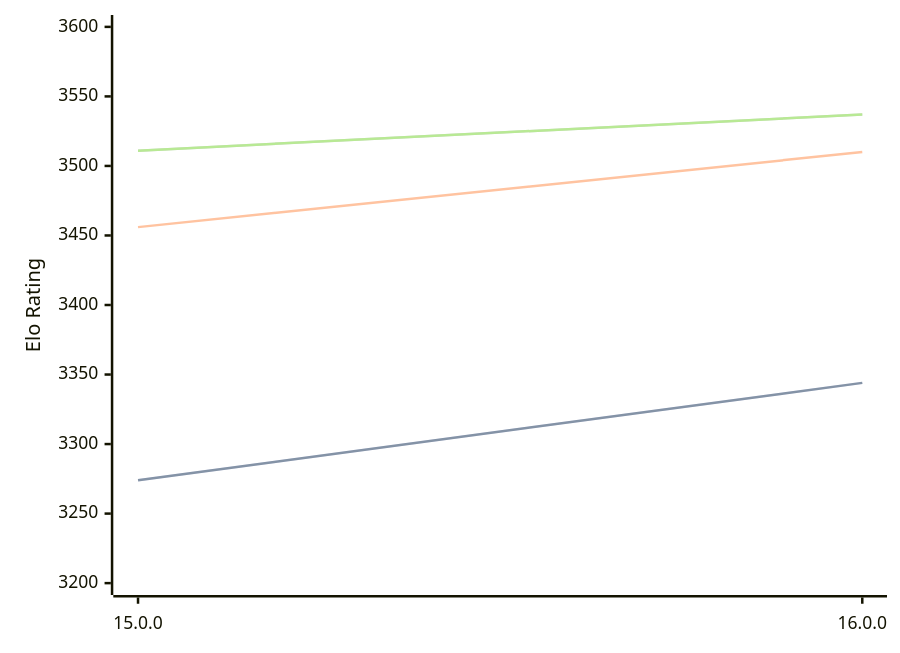
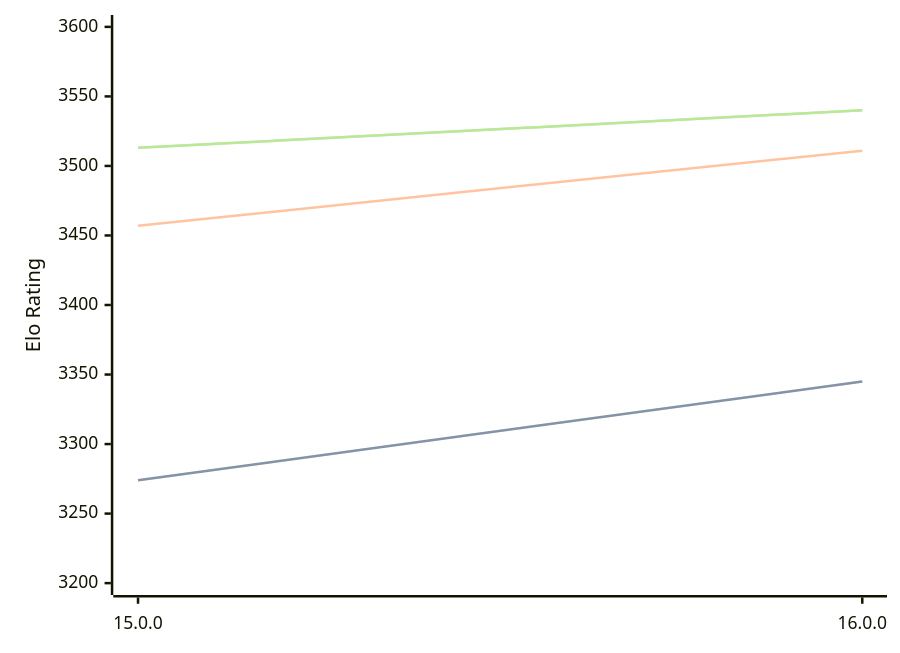
One commit to computer-chess-index/cci changed the third of 3 diagrams in engines/Halogen.md. Above: the diagram before and after it, drawn with Mermaid. The commit also changed other lines of this file, not shown here.

Commit message:
Update CCI Ratings (ELO VLTC) - 2026-06-30

````diff
--- a/engines/Halogen.md
+++ b/engines/Halogen.md
@@ -83,11 +83,11 @@
 ```mermaid
 %%{init: {"theme":"base","themeVariables":{"seriesColors:['#a3a3a3','#222221','#faa371']}}}%%
 xychart-beta
   x-axis ["15.0.0", "16.0.0"]
   y-axis "Elo Rating" 3200 --> 3600
-  line "STC (8.0+0.08s)" [3274, 3344]
-  line "STC (8.0+0.08s)" [3274, 3344]
-  line "LTC (60.0+0.60s)" [3456, 3510]
-  line "VLTC (2m24s+1.12s)" [3511, 3537]
-  line "VLTC (2m24s+1.12s)" [3511, 3537]
+  line "STC (8.0+0.08s)" [3274, 3345]
+  line "STC (8.0+0.08s)" [3274, 3345]
+  line "LTC (60.0+0.60s)" [3457, 3511]
+  line "VLTC (2m24s+1.12s)" [3513, 3540]
+  line "VLTC (2m24s+1.12s)" [3513, 3540]
 ```
````
